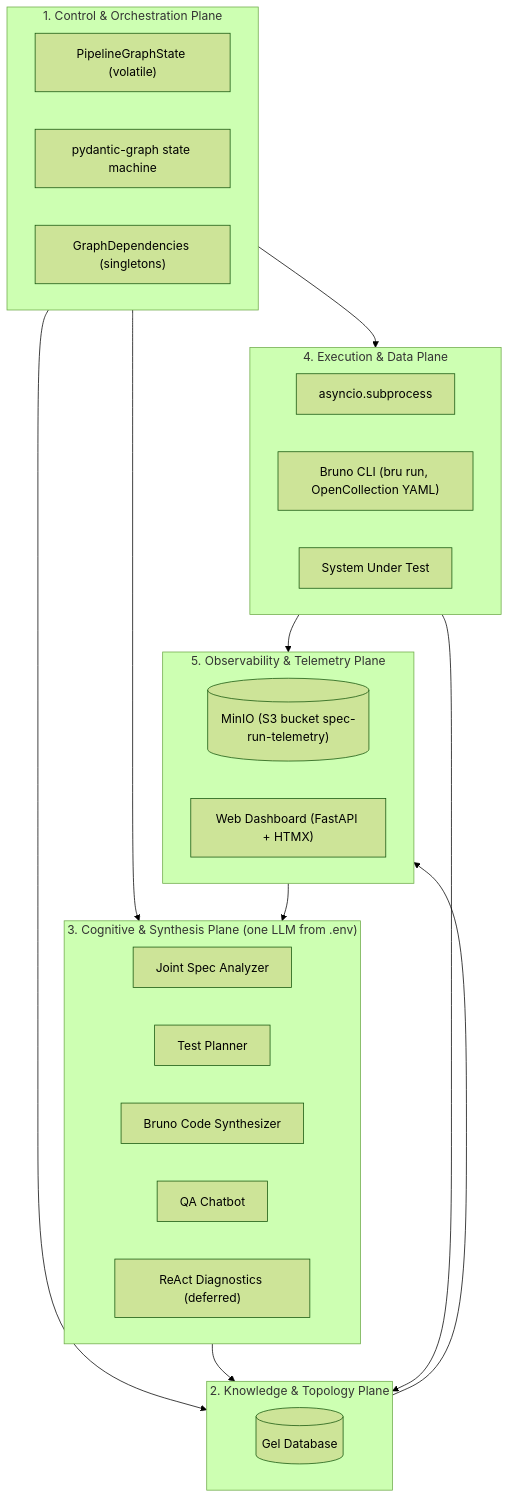
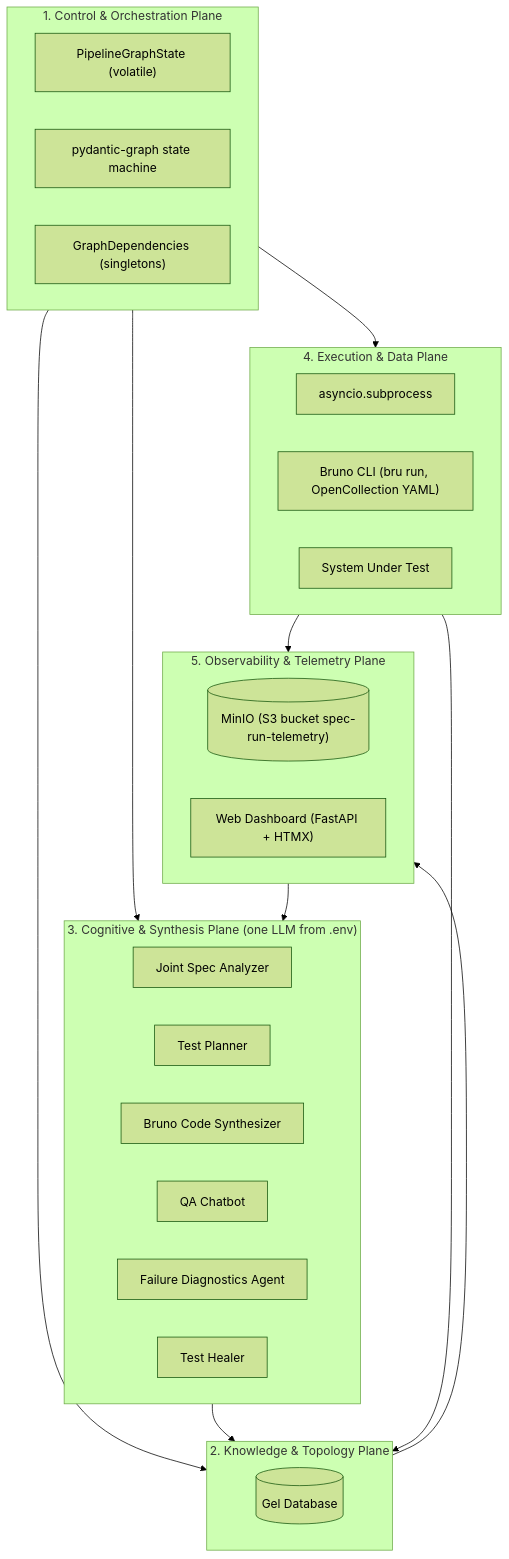
Before and after one commit to altregubov/spec-run-graph: the first of 6 diagrams in architecture.md, drawn with Mermaid (forest theme). The commit also changed other lines of this file and 36 other files, not shown here.

````diff
--- a/architecture.md
+++ b/architecture.md
@@ -11,40 +11,41 @@
 ```mermaid
 flowchart TD
     subgraph ControlPlane["1. Control & Orchestration Plane"]
         State["PipelineGraphState (volatile)"]
         FSM["pydantic-graph state machine"]
         Deps["GraphDependencies (singletons)"]
     end
 
     subgraph KnowledgePlane["2. Knowledge & Topology Plane"]
         Gel[("Gel Database")]
     end
 
     subgraph CognitivePlane["3. Cognitive & Synthesis Plane (one LLM from .env)"]
         Analyzer["Joint Spec Analyzer"]
         Planner["Test Planner"]
         CodeGen["Bruno Code Synthesizer"]
         Chatbot["QA Chatbot"]
-        ReAct["ReAct Diagnostics (deferred)"]
+        ReAct["Failure Diagnostics Agent"]
+        Healer["Test Healer"]
     end
 
     subgraph ExecutionPlane["4. Execution & Data Plane"]
         Subproc["asyncio.subprocess"]
         Bruno["Bruno CLI (bru run, OpenCollection YAML)"]
         SUT["System Under Test"]
     end
 
     subgraph ObservabilityPlane["5. Observability & Telemetry Plane"]
         MinIO[("MinIO (S3 bucket spec-run-telemetry)")]
         Dashboard["Web Dashboard (FastAPI + HTMX)"]
     end
 
     ControlPlane --> CognitivePlane
     ControlPlane --> KnowledgePlane
     ControlPlane --> ExecutionPlane
     CognitivePlane --> KnowledgePlane
     ExecutionPlane --> KnowledgePlane
     ExecutionPlane --> ObservabilityPlane
     KnowledgePlane --> ObservabilityPlane
     ObservabilityPlane --> CognitivePlane
 ```
````
